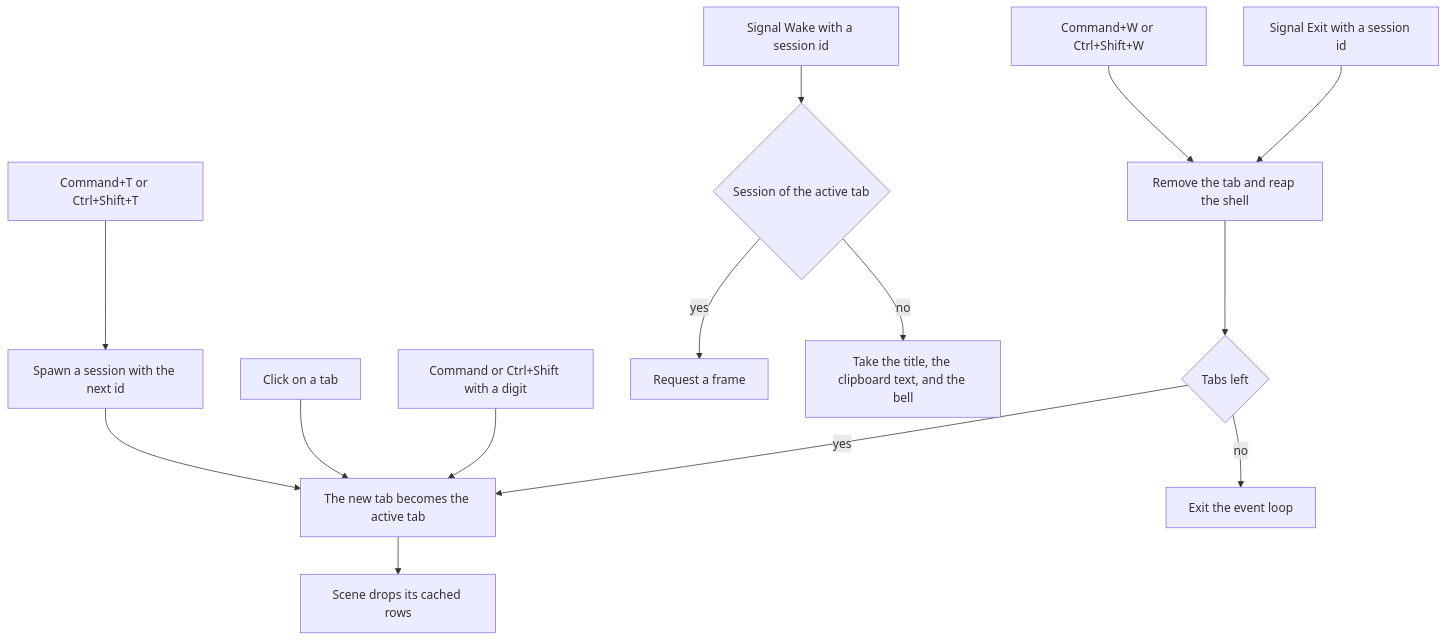
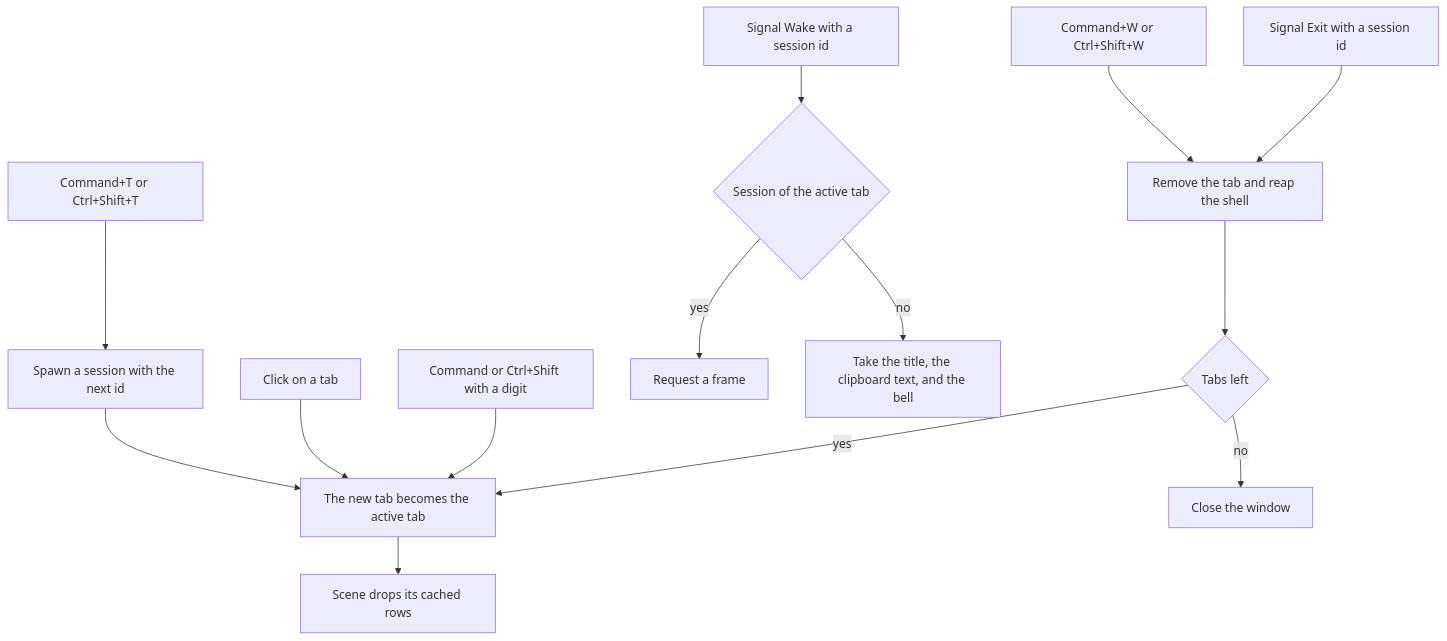
One commit to riya-amemiya/Dartel changed the fourth of 10 diagrams in docs/architecture.md. Above: the diagram before and after it, drawn with Mermaid. The commit also changed other lines of this file and 5 other files, not shown here.

````diff
--- a/docs/architecture.md
+++ b/docs/architecture.md
@@ -99,16 +143,16 @@
 ```mermaid
 flowchart TD
     key["Command+T or Ctrl+Shift+T"] --> spawn["Spawn a session with the next id"]
     spawn --> active["The new tab becomes the active tab"]
     click["Click on a tab"] --> active
     digit["Command or Ctrl+Shift with a digit"] --> active
     shut["Command+W or Ctrl+Shift+W"] --> close
     active --> stale["Scene drops its cached rows"]
     wake["Signal Wake with a session id"] --> which{"Session of the active tab"}
     which -- yes --> frame["Request a frame"]
     which -- no --> drain["Take the title, the clipboard text, and the bell"]
     exit["Signal Exit with a session id"] --> close["Remove the tab and reap the shell"]
     close --> left{"Tabs left"}
     left -- yes --> active
-    left -- no --> quit["Exit the event loop"]
+    left -- no --> quit["Close the window"]
 ```
````
